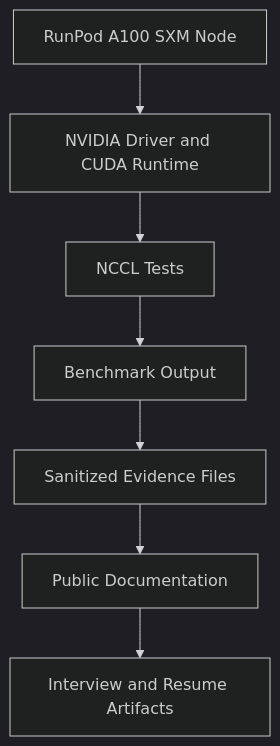
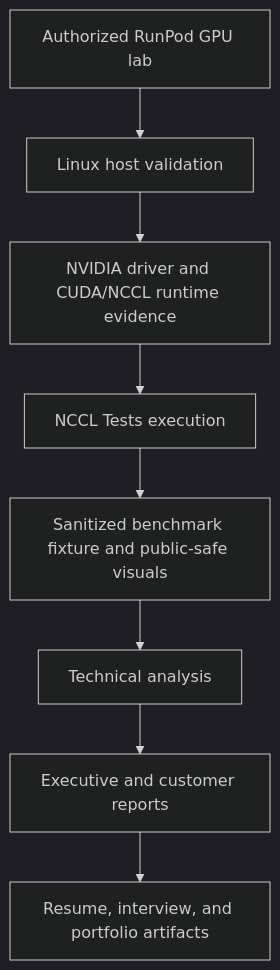
The first of 2 diagrams in README.md (svbion/gpu-benchmark-lab), drawn with Mermaid (dark theme) before and after one commit. The commit also changed other lines of this file and 50 other files, not shown here.

Commit message:
docs: executive polish and public release candidate

````diff
--- a/README.md
+++ b/README.md
@@ -97,9 +80,10 @@
 ```mermaid
 flowchart TD
-    A[RunPod A100 SXM Node] --> B[NVIDIA Driver and CUDA Runtime]
-    B --> C[NCCL Tests]
-    C --> D[Benchmark Output]
-    D --> E[Sanitized Evidence Files]
-    E --> F[Public Documentation]
-    F --> G[Interview and Resume Artifacts]
+    A[Authorized RunPod GPU lab] --> B[Linux host validation]
+    B --> C[NVIDIA driver and CUDA/NCCL runtime evidence]
+    C --> D[NCCL Tests execution]
+    D --> E[Sanitized benchmark fixture and public-safe visuals]
+    E --> F[Technical analysis]
+    F --> G[Executive and customer reports]
+    G --> H[Resume, interview, and portfolio artifacts]
 ```
````
